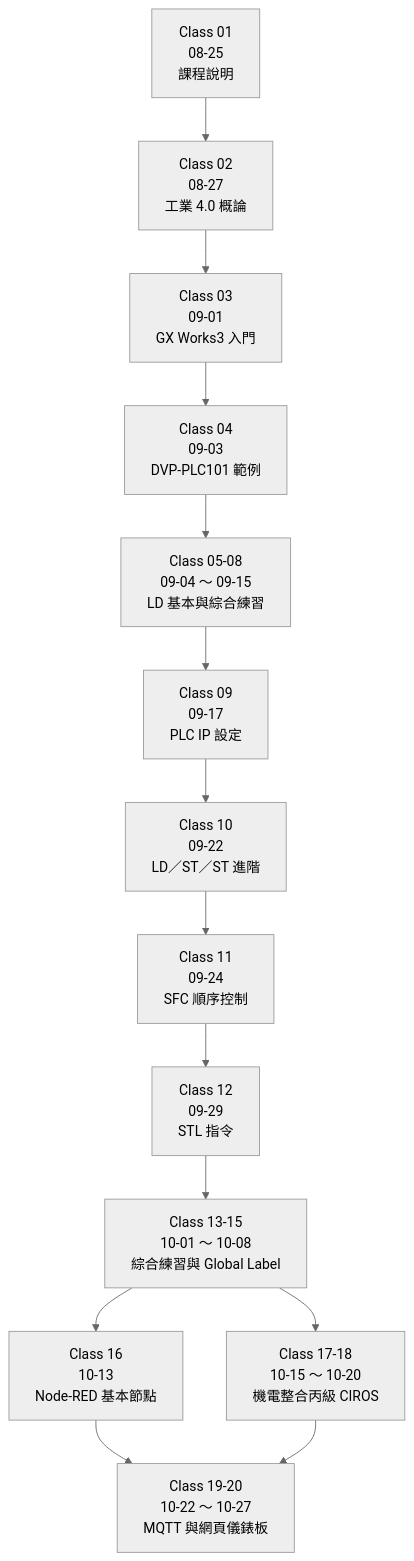
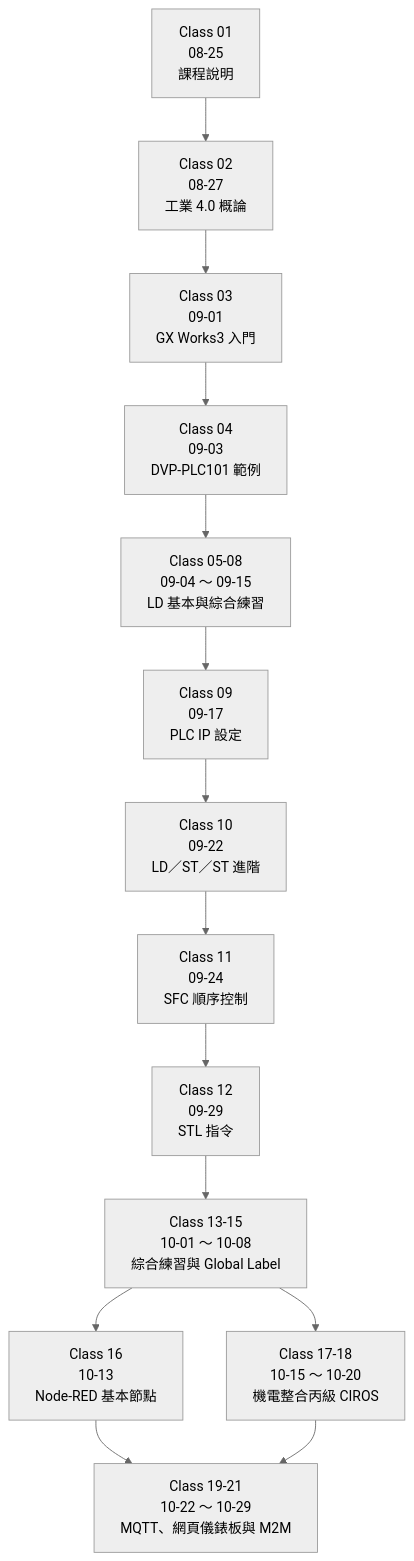
The first of 3 diagrams in docs/COURSE-MAP.md (yd7148/INDUSTRY-4.0), drawn with Mermaid (neutral theme) before and after one commit. The commit also changed other lines of this file and 73 other files, not shown here.

Commit message:
Add Class-21-2026-10-29 Node-RED Flow and M2M materials

````diff
--- a/docs/COURSE-MAP.md
+++ b/docs/COURSE-MAP.md
@@ -10,16 +10,16 @@
 ```mermaid
 flowchart TD
     A["Class 01<br/>08-25<br/>課程說明"] --> B["Class 02<br/>08-27<br/>工業 4.0 概論"]
     B --> C["Class 03<br/>09-01<br/>GX Works3 入門"]
     C --> D["Class 04<br/>09-03<br/>DVP-PLC101 範例"]
     D --> E["Class 05-08<br/>09-04 ～ 09-15<br/>LD 基本與綜合練習"]
     E --> F["Class 09<br/>09-17<br/>PLC IP 設定"]
     F --> G["Class 10<br/>09-22<br/>LD／ST／ST 進階"]
     G --> H["Class 11<br/>09-24<br/>SFC 順序控制"]
     H --> I["Class 12<br/>09-29<br/>STL 指令"]
     I --> J["Class 13-15<br/>10-01 ～ 10-08<br/>綜合練習與 Global Label"]
     J --> K["Class 16<br/>10-13<br/>Node-RED 基本節點"]
     J --> L["Class 17-18<br/>10-15 ～ 10-20<br/>機電整合丙級 CIROS"]
-    K --> M["Class 19-20<br/>10-22 ～ 10-27<br/>MQTT 與網頁儀錶板"]
+    K --> M["Class 19-21<br/>10-22 ～ 10-29<br/>MQTT、網頁儀錶板與 M2M"]
     L --> M
 ```
````
